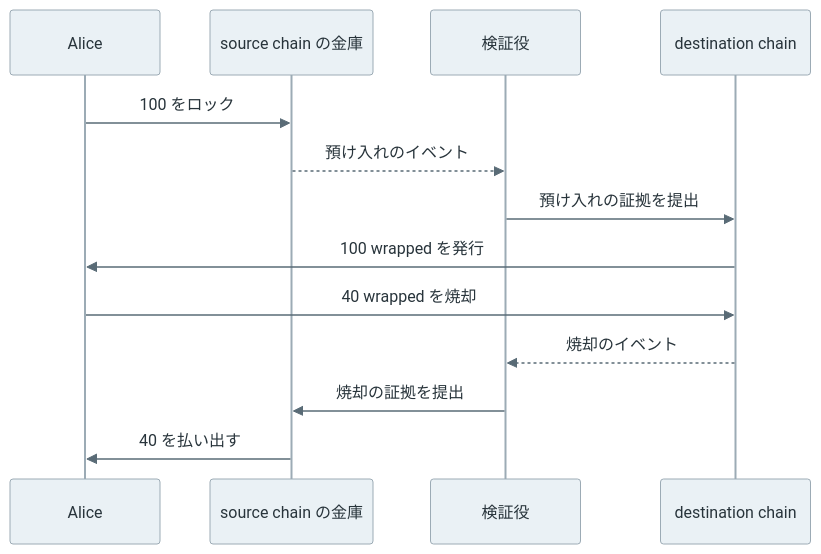
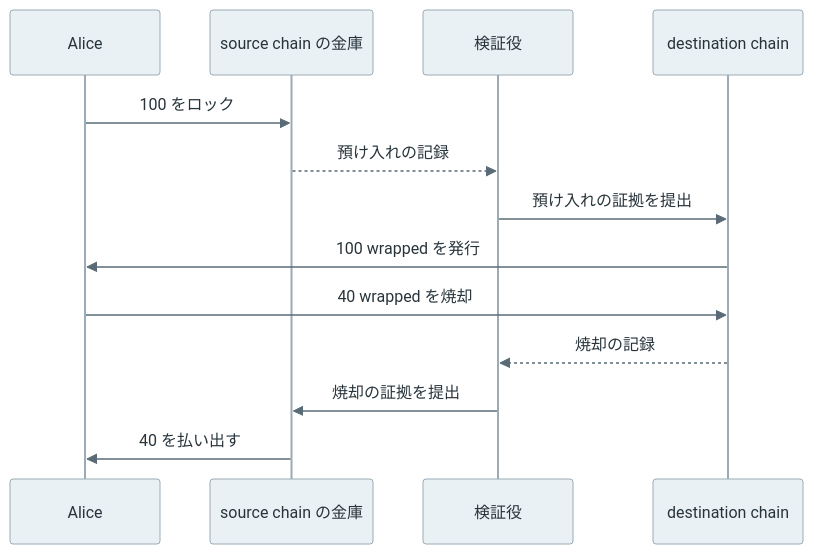
Before and after one commit to nao1215/debimate: the diagram in content/notes/blockchain-systems/cross-chain-bridge/index.md, drawn with Mermaid. The commit also changed other lines of this file and 425 other files, not shown here.

````diff
--- a/content/notes/blockchain-systems/cross-chain-bridge/index.md
+++ b/content/notes/blockchain-systems/cross-chain-bridge/index.md
@@ -51,16 +56,16 @@
 ```mermaid
 %%{init: {"theme":"base","themeVariables":{"primaryColor":"#eaf1f5","primaryTextColor":"#28343b","primaryBorderColor":"#9cabb5","lineColor":"#596b76","textColor":"#28343b","actorBkg":"#eaf1f5","actorBorder":"#9cabb5","actorTextColor":"#28343b","actorLineColor":"#9cabb5","signalColor":"#596b76","signalTextColor":"#28343b","noteBkgColor":"#f7f1e5","noteBorderColor":"#c5b99b","noteTextColor":"#403c32"}}}%%
 sequenceDiagram
     participant A as Alice
     participant S as source chain の金庫
     participant V as 検証役
     participant D as destination chain
     A->>S: 100 をロック
-    S-->>V: 預け入れのイベント
+    S-->>V: 預け入れの記録
     V->>D: 預け入れの証拠を提出
     D->>A: 100 wrapped を発行
     A->>D: 40 wrapped を焼却
-    D-->>V: 焼却のイベント
+    D-->>V: 焼却の記録
     V->>S: 焼却の証拠を提出
     S->>A: 40 を払い出す
 ```
````
